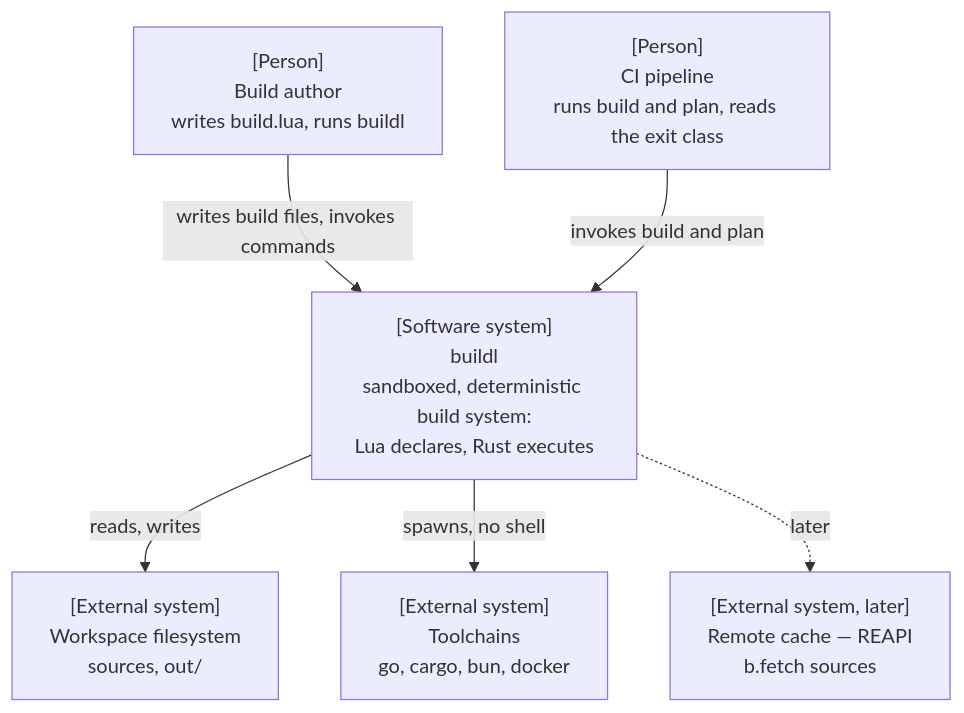
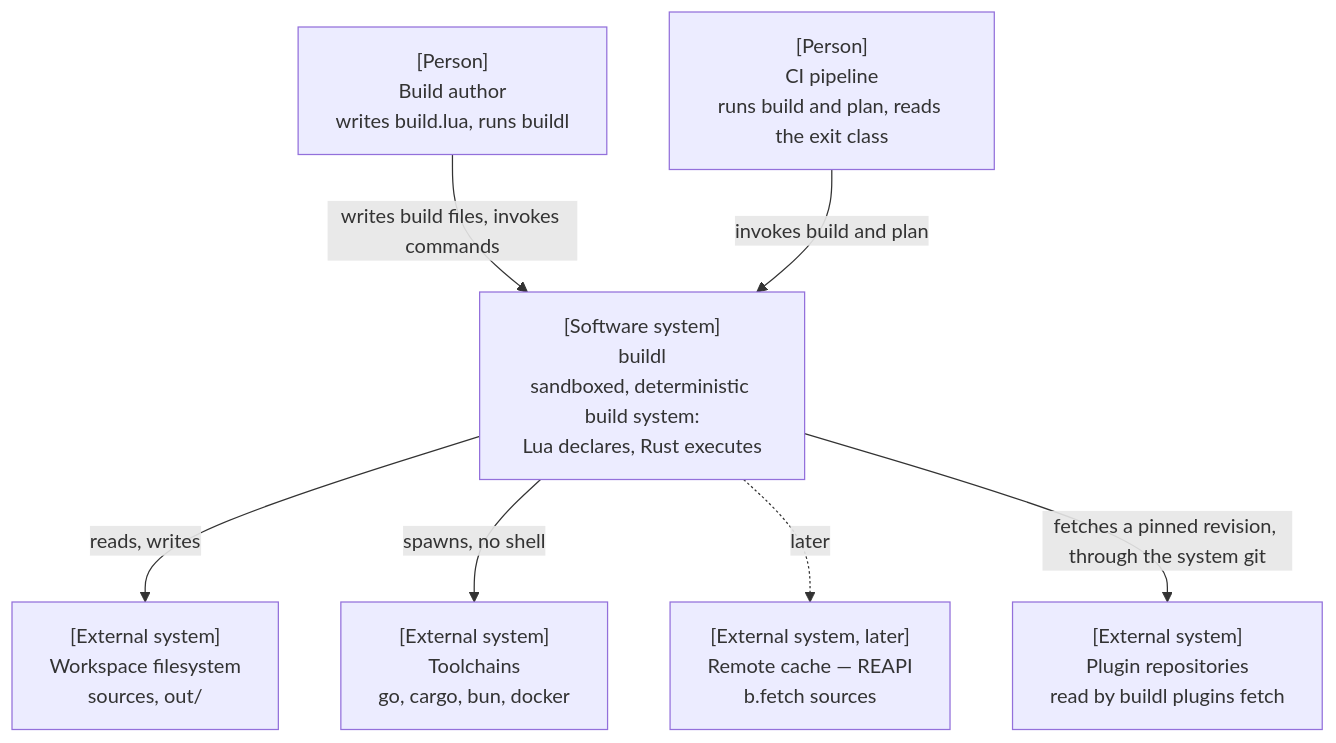
The second of 7 diagrams in docs/architecture-building-blocks.md (airsstack/buildl), drawn with Mermaid before and after one commit. The commit also changed other lines of this file and 168 other files, not shown here.

First line of the commit message:
Plugins and discovery targets: buildl.toml plugins, plugins fetch, buildl.use and two-pass loading (#16)

````diff
--- a/docs/architecture-building-blocks.md
+++ b/docs/architecture-building-blocks.md
@@ -62,15 +62,17 @@
 ```mermaid
 %% C4 level 1 — system context
 graph TD
     AUTHOR["[Person]<br/>Build author<br/>writes build.lua, runs buildl"]
     CI["[Person]<br/>CI pipeline<br/>runs build and plan, reads the exit class"]
     BUILDL["[Software system]<br/>buildl<br/>sandboxed, deterministic build system:<br/>Lua declares, Rust executes"]
     WS["[External system]<br/>Workspace filesystem<br/>sources, out/"]
     TOOLS["[External system]<br/>Toolchains<br/>go, cargo, bun, docker"]
     REMOTE["[External system, later]<br/>Remote cache — REAPI<br/>b.fetch sources"]
+    GIT["[External system]<br/>Plugin repositories<br/>read by buildl plugins fetch"]
     AUTHOR -->|"writes build files, invokes commands"| BUILDL
     CI -->|"invokes build and plan"| BUILDL
     BUILDL -->|"reads, writes"| WS
     BUILDL -->|"spawns, no shell"| TOOLS
     BUILDL -.->|"later"| REMOTE
+    BUILDL -->|"fetches a pinned revision, through the system git"| GIT
 ```
````
